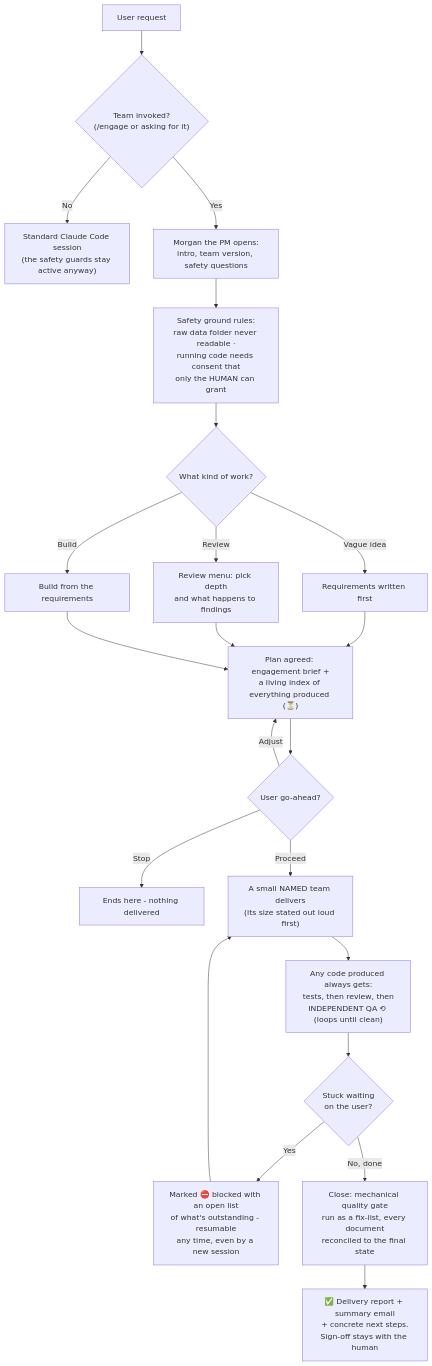
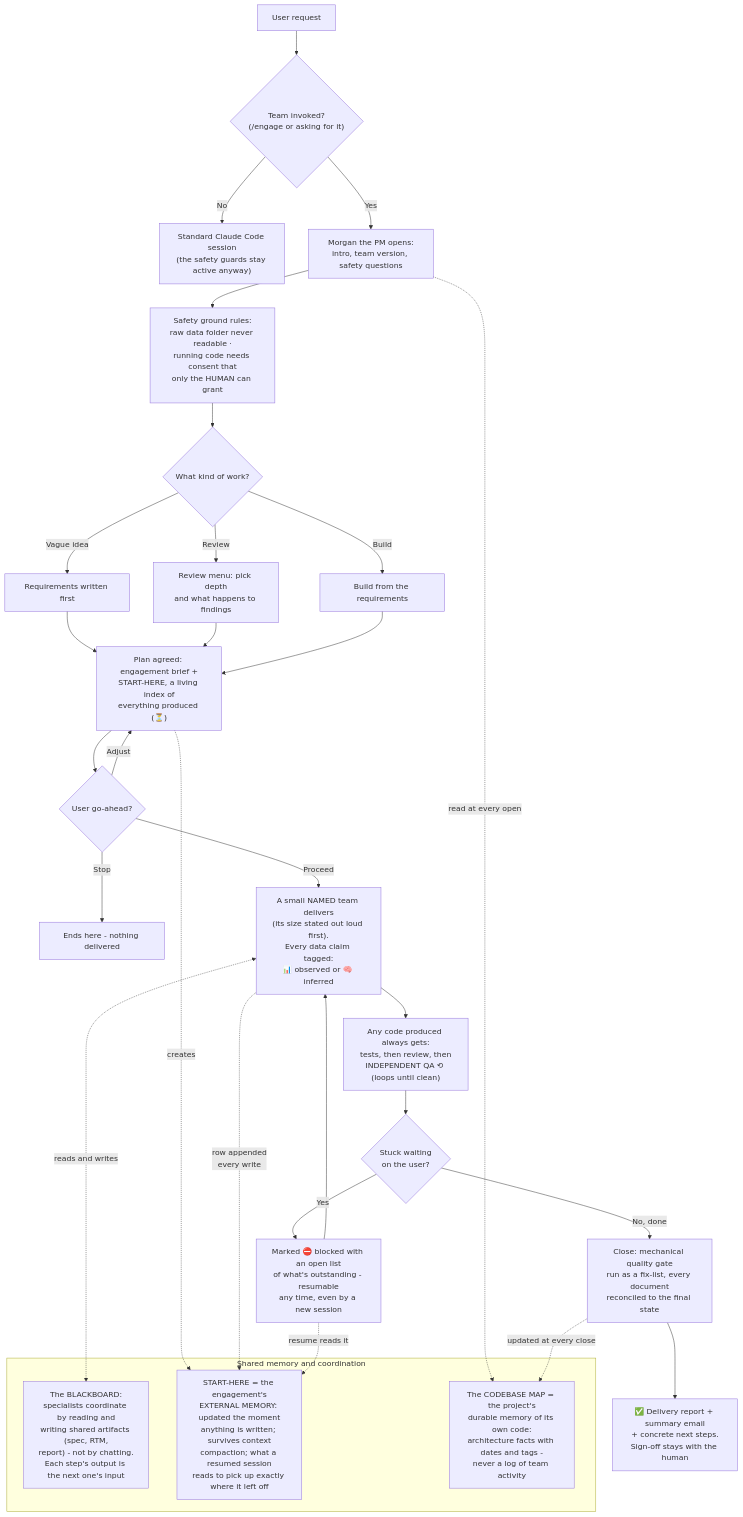
The first of 5 diagrams in docs/engagement-flow-diagram.md (danieledge/virtual-surv-IT), drawn with Mermaid before and after one commit.

Commit message:
docs: simple view gains the shared-memory concepts - blackboard, START-HERE external memory, codebase map, evidence tags

````diff
--- a/docs/engagement-flow-diagram.md
+++ b/docs/engagement-flow-diagram.md
@@ -11,23 +11,35 @@
 ```mermaid
 flowchart TD
     REQ["User request"] --> INV{"Team invoked?<br/>(/engage or asking for it)"}
     INV -- "No" --> STD["Standard Claude Code session<br/>(the safety guards stay active anyway)"]
     INV -- "Yes" --> OPEN["Morgan the PM opens:<br/>intro, team version, safety questions"]
     OPEN --> SAFE["Safety ground rules:<br/>raw data folder never readable ·<br/>running code needs consent that<br/>only the HUMAN can grant"]
     SAFE --> TYPE{"What kind of work?"}
     TYPE -- "Vague idea" --> REQS["Requirements written first"]
     TYPE -- "Review" --> REV["Review menu: pick depth<br/>and what happens to findings"]
     TYPE -- "Build" --> BLD["Build from the requirements"]
-    REQS --> PLAN["Plan agreed: engagement brief +<br/>a living index of everything produced (⏳)"]
+    REQS --> PLAN["Plan agreed: engagement brief +<br/>START-HERE, a living index of<br/>everything produced (⏳)"]
     REV --> PLAN
     BLD --> PLAN
     PLAN --> GO{"User go-ahead?"}
     GO -- "Adjust" --> PLAN
     GO -- "Stop" --> ENDE["Ends here - nothing delivered"]
-    GO -- "Proceed" --> WORK["A small NAMED team delivers<br/>(its size stated out loud first)"]
+    GO -- "Proceed" --> WORK["A small NAMED team delivers<br/>(its size stated out loud first).<br/>Every data claim tagged:<br/>📊 observed or 🧠 inferred"]
     WORK --> CODE["Any code produced always gets:<br/>tests, then review, then<br/>INDEPENDENT QA ⟲ (loops until clean)"]
     CODE --> BLK{"Stuck waiting<br/>on the user?"}
     BLK -- "Yes" --> HOLD["Marked ⛔ blocked with an open list<br/>of what's outstanding - resumable<br/>any time, even by a new session"] --> WORK
     BLK -- "No, done" --> CLOSE["Close: mechanical quality gate<br/>run as a fix-list, every document<br/>reconciled to the final state"]
     CLOSE --> FIN["✅ Delivery report + summary email<br/>+ concrete next steps.<br/>Sign-off stays with the human"]
+
+    subgraph SHARED["Shared memory and coordination"]
+        BB["The BLACKBOARD:<br/>specialists coordinate by reading and<br/>writing shared artifacts (spec, RTM,<br/>report) - not by chatting.<br/>Each step's output is the next one's input"]
+        SH["START-HERE = the engagement's<br/>EXTERNAL MEMORY: updated the moment<br/>anything is written; survives context<br/>compaction; what a resumed session<br/>reads to pick up exactly where it left off"]
+        MAP["The CODEBASE MAP = the project's<br/>durable memory of its own code:<br/>architecture facts with dates and tags -<br/>never a log of team activity"]
+    end
+    WORK <-. "reads and writes" .-> BB
+    PLAN -. "creates" .-> SH
+    WORK -. "row appended<br/>every write" .-> SH
+    HOLD -. "resume reads it" .-> SH
+    OPEN -. "read at every open" .-> MAP
+    CLOSE -. "updated at every close" .-> MAP
 ```
````
